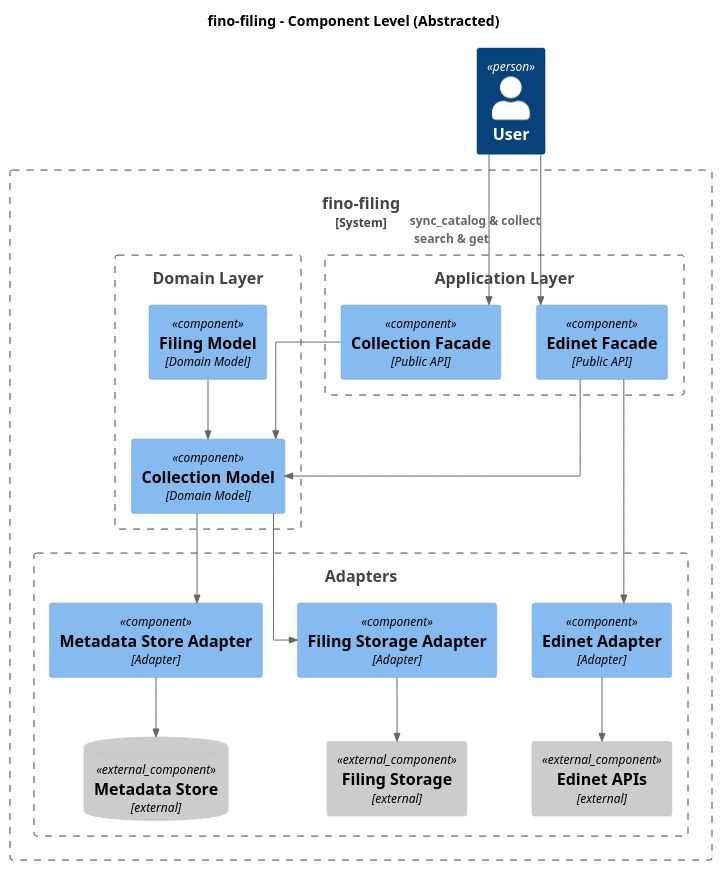
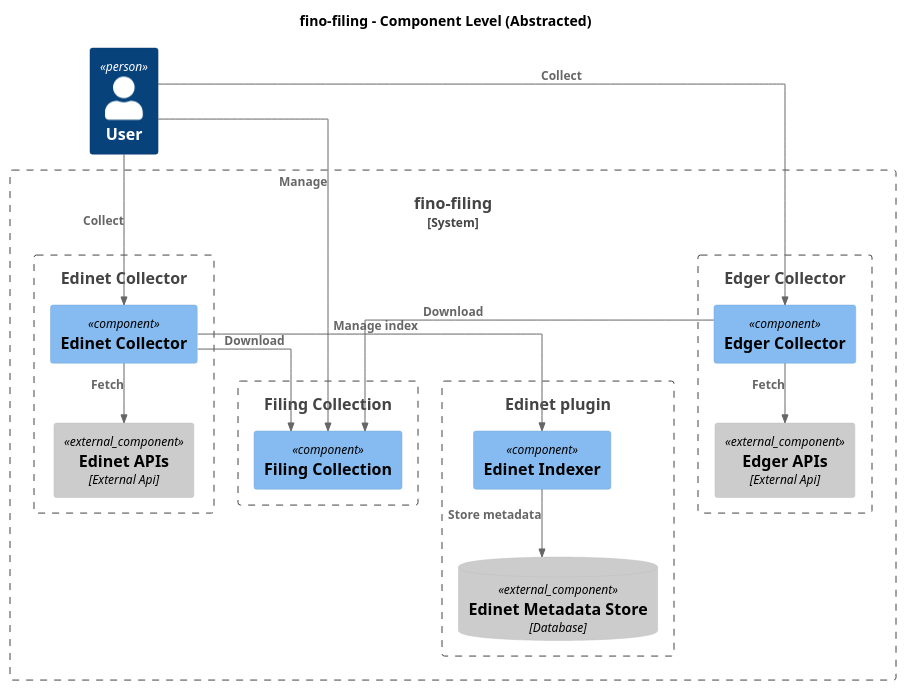
Before and after one commit to fino-dev/fino-filing: the diagram in docs/design/components.puml, drawn with PlantUML.

Commit message:
fix: component

```diff
--- a/docs/design/components.puml
+++ b/docs/design/components.puml
@@ -1,56 +1,45 @@
 @startuml fino-filing - Component Level
 title fino-filing - Component Level (Abstracted)
 
 !include <C4/C4_Container>
 !include <C4/C4_Component>
 
 Person(user, "User")
 
-System_Boundary(system, "fino-filing") {
-
-    Boundary(application_boundary, "Application Layer") {
-        Component(edinet, "Edinet Facade", "Public API")
-        Component(collection, "Collection Facade", "Public API")
+System_Boundary(fino_filing, "fino-filing") {
+    Boundary(filing_collection_boundary, "Filing Collection") {
+        Component(filing_collection, "Filing Collection")
+    }
+    Boundary(edger_collector_boundary, "Edger Collector") {
+        Component(edger_collector, "Edger Collector")
+        Component_Ext(edger_api, "Edger APIs", "External Api")
+    }
+    Boundary(edinet_collector_boundary, "Edinet Collector") {
+        Component(edinet_collector, "Edinet Collector")
+        Component_Ext(edinet_api, "Edinet APIs", "External Api")
+    }
+    Boundary(edinet_plugin_boundary, "Edinet plugin") {
+        Component(edinet_indexer, "Edinet Indexer")
+        ComponentDb_Ext(edinet_metadata_store, "Edinet Metadata Store", "Database")
     }
 
-    Boundary(domain_boundary, "Domain Layer") {
-        Component(collection_model, "Collection Model", "Domain Model")
-        Component(filing_model, "Filing Model", "Domain Model")
-    }
+    ' user connection
+    Rel(user, filing_collection, "Manage")
+    Rel(user, edger_collector, "Collect")
+    Rel(user, edinet_collector, "Collect")
 
-    Boundary(adapter_boundary, "Adapters") {
-        Component(edinet_adapter, "Edinet Adapter", "Adapter")
-        Component(storage_adapter, "Filing Storage Adapter", "Adapter")
-        Component(metadata_adapter, "Metadata Store Adapter", "Adapter")
+    ' filing collection connection
+    Rel( edger_collector, filing_collection, "Download")
+    Rel(edinet_collector, filing_collection, "Download")
 
-        Component_Ext(edinet_api, "Edinet APIs", "external")
-        Component_Ext(filing_storage, "Filing Storage", "external")
-        ComponentDb_Ext(metadata_store, "Metadata Store", "external")
-    }
+    ' edger connection
+    Rel(edger_collector, edger_api, "Fetch")
 
-    ' User interactions
-    Rel(user, edinet, "sync_catalog & collect")
-    Rel(user, collection, "search & get")
-
-    ' Application to Domain
-    Rel(edinet, collection_model, "")
-    Rel(collection, collection_model, "")
-
-    ' Application to Adapter
-    Rel(edinet, edinet_adapter, "")
-
-    ' domain to domain
-    Rel(filing_model, collection_model, "")
-
-    ' Domain to Adapter
-    Rel(collection_model, storage_adapter, "")
-    Rel(collection_model, metadata_adapter, "")
-
-    ' Adapter to external
-    Rel(edinet_adapter, edinet_api, "")
-    Rel(storage_adapter, filing_storage, "")
-    Rel(metadata_adapter, metadata_store, "")
+    ' edinet connection
+    Rel(edinet_collector, edinet_indexer, "Manage index")
+    Rel(edinet_collector, edinet_api, "Fetch")
+    Rel(edinet_indexer, edinet_metadata_store, "Store metadata")
 }
 
 skinparam linetype ortho
 @enduml
```
